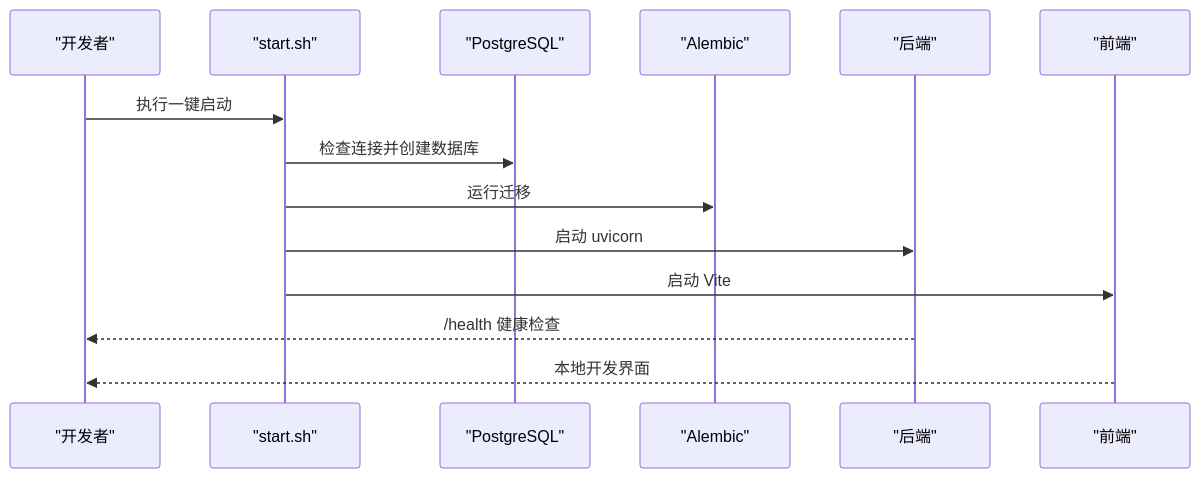
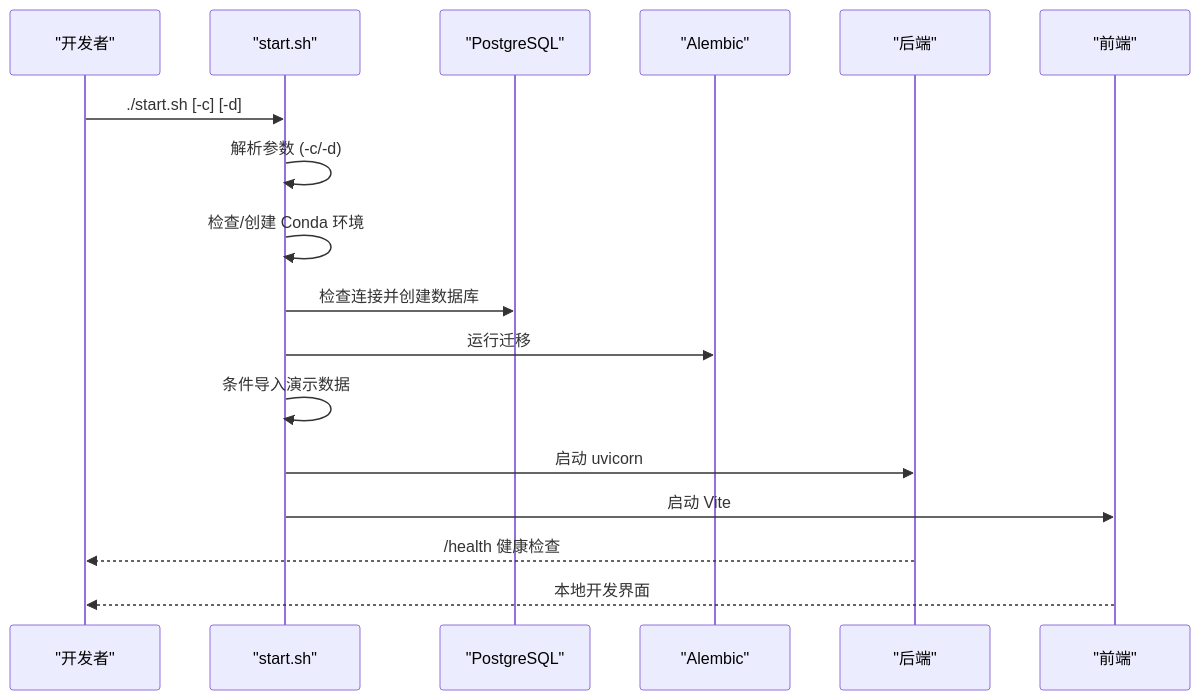
Before and after one commit to Miyuan2018/ruicheng-edu-system: the seventh of 8 diagrams in .qoder/repowiki/zh/content/开发指南.md, drawn with Mermaid. The commit also changed other lines of this file and 6 other files, not shown here.

````diff
--- a/.qoder/repowiki/zh/content/开发指南.md
+++ b/.qoder/repowiki/zh/content/开发指南.md
@@ -333,16 +364,19 @@
 ```mermaid
 sequenceDiagram
 participant Dev as "开发者"
 participant Script as "start.sh"
 participant DB as "PostgreSQL"
 participant Alembic as "Alembic"
 participant BE as "后端"
 participant FE as "前端"
-Dev->>Script : 执行一键启动
+Dev->>Script : ./start.sh [-c] [-d]
+Script->>Script : 解析参数 (-c/-d)
+Script->>Script : 检查/创建 Conda 环境
 Script->>DB : 检查连接并创建数据库
 Script->>Alembic : 运行迁移
+Script->>Script : 条件导入演示数据
 Script->>BE : 启动 uvicorn
 Script->>FE : 启动 Vite
 BE-->>Dev : /health 健康检查
 FE-->>Dev : 本地开发界面
 ```
````
